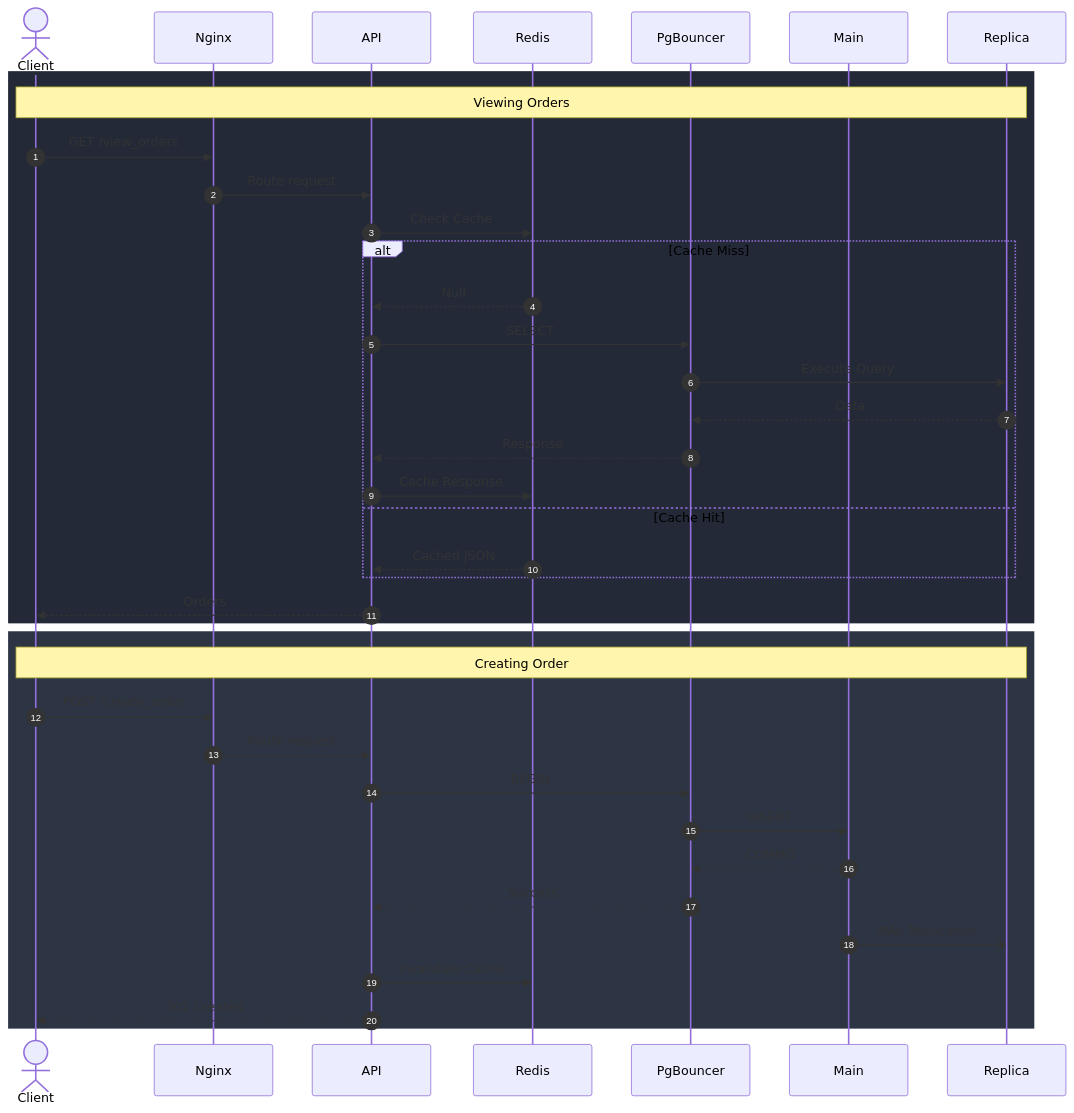
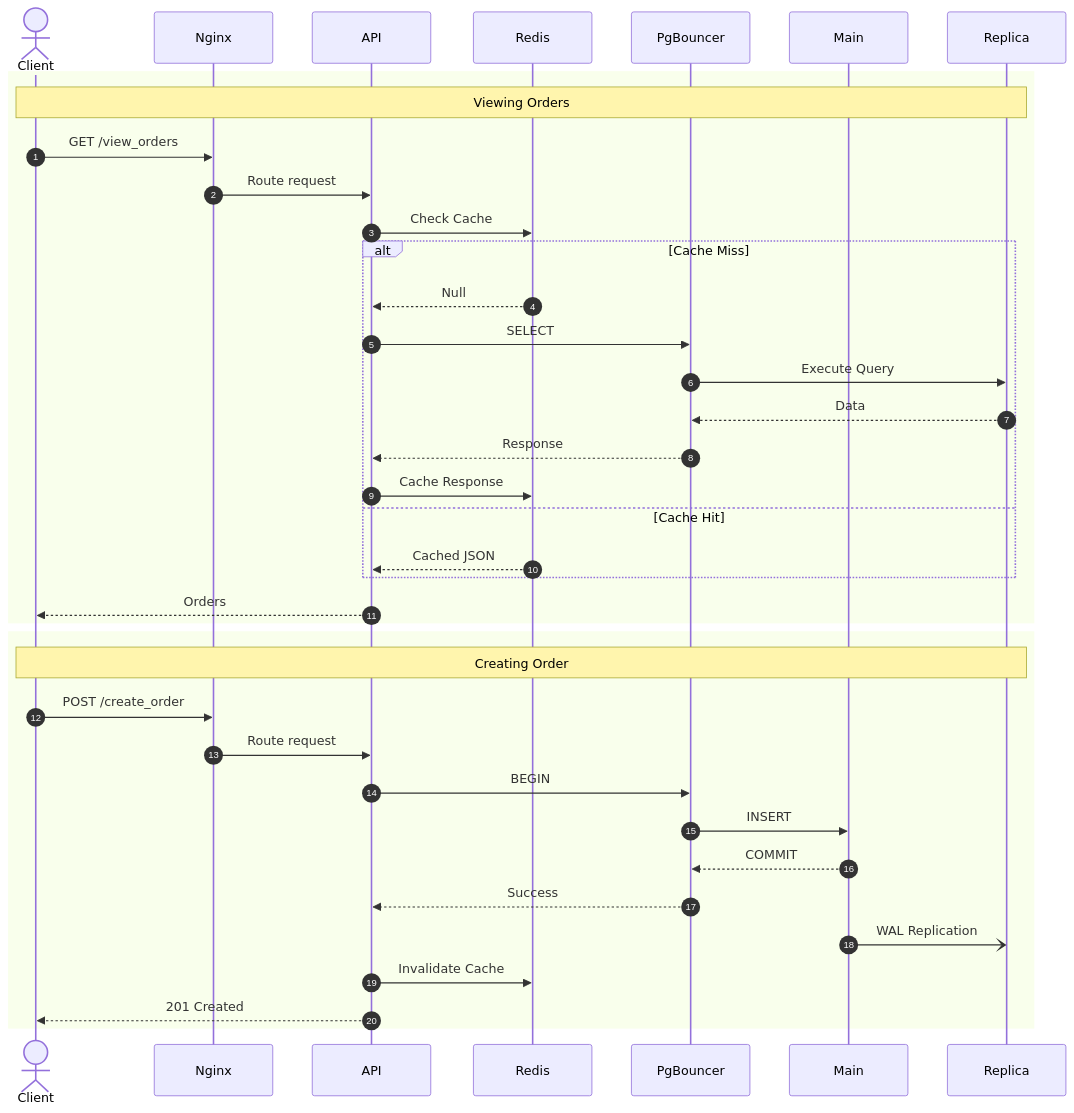
One commit to Akshat2734/WireDesk---Custom-Wire-Configurator-Production-Order-Display changed the fourth of 4 diagrams in README.md. Above: the diagram before and after it, drawn with Mermaid.

Commit message:
Remove rectangle colors from sequence diagram
Removed background color from rectangles in sequence diagram.

````diff
--- a/README.md
+++ b/README.md
@@ -227,47 +227,47 @@
 ```mermaid
 sequenceDiagram
     autonumber
 
     actor Client
     participant Nginx
     participant API
     participant Redis
     participant PgBouncer
     participant Main
     participant Replica
 
-    rect rgb(35,41,55)
+    rect
         Note over Client,Replica: Viewing Orders
 
         Client->>Nginx: GET /view_orders
         Nginx->>API: Route request
         API->>Redis: Check Cache
 
         alt Cache Miss
             Redis-->>API: Null
             API->>PgBouncer: SELECT
             PgBouncer->>Replica: Execute Query
             Replica-->>PgBouncer: Data
             PgBouncer-->>API: Response
             API->>Redis: Cache Response
         else Cache Hit
             Redis-->>API: Cached JSON
         end
 
         API-->>Client: Orders
     end
 
-    rect rgb(45,53,69)
+    rect
         Note over Client,Replica: Creating Order
 
         Client->>Nginx: POST /create_order
         Nginx->>API: Route request
         API->>PgBouncer: BEGIN
         PgBouncer->>Main: INSERT
         Main-->>PgBouncer: COMMIT
         PgBouncer-->>API: Success
         Main-)Replica: WAL Replication
         API->>Redis: Invalidate Cache
         API-->>Client: 201 Created
     end
 ```
````
